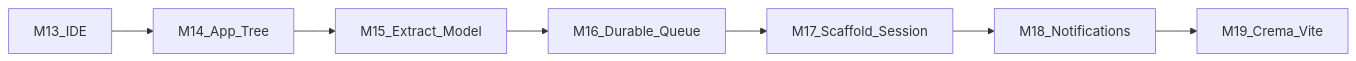
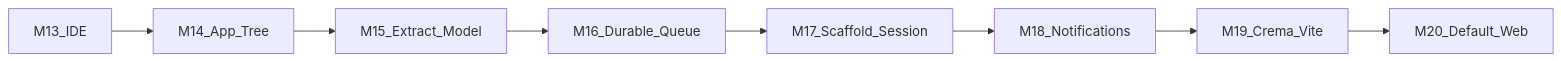
The second of 2 diagrams in MILESTONES.md (konaframework/kona), drawn with Mermaid before and after one commit. The commit also changed other lines of this file and 23 other files, not shown here.

First line of the commit message:
M20: Default web scaffold (#38)

````diff
--- a/MILESTONES.md
+++ b/MILESTONES.md
@@ -677,9 +701,10 @@
 ```mermaid
 flowchart LR
   M13[M13_IDE] --> M14[M14_App_Tree]
   M14 --> M15[M15_Extract_Model]
   M15 --> M16[M16_Durable_Queue]
   M16 --> M17[M17_Scaffold_Session]
   M17 --> M18[M18_Notifications]
   M18 --> M19[M19_Crema_Vite]
+  M19 --> M20[M20_Default_Web]
 ```
````
